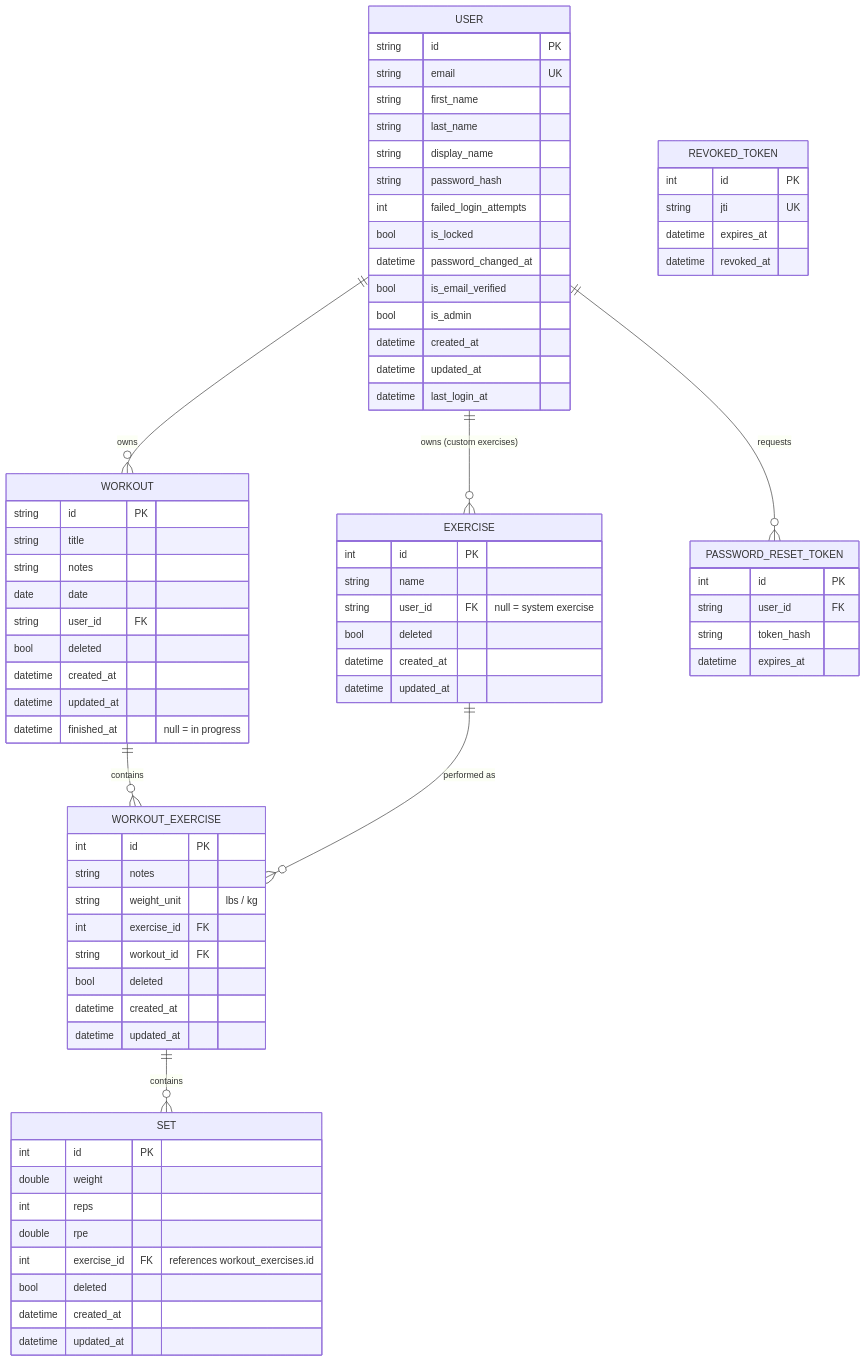
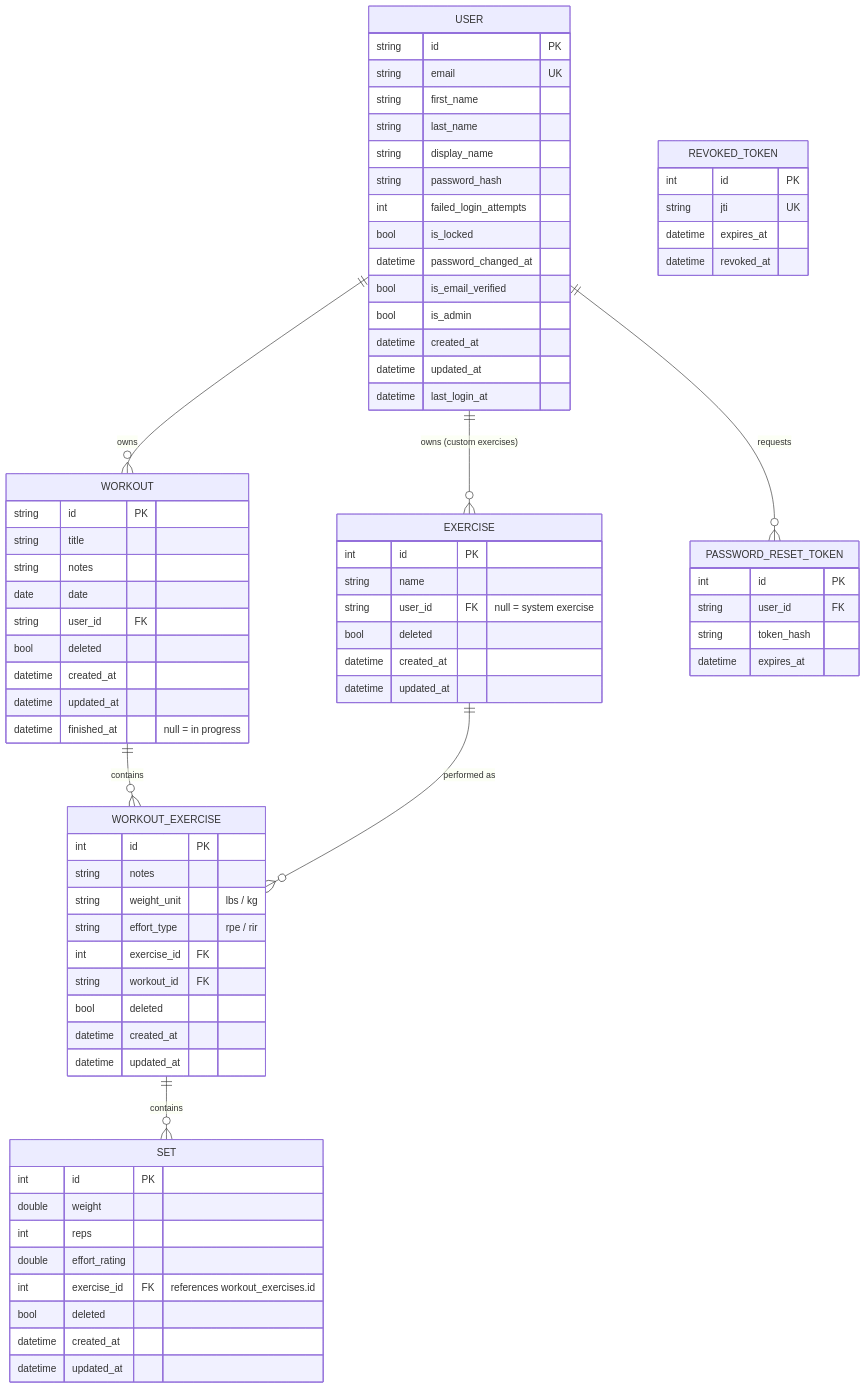
Before and after one commit to tylersocholotuik/workout-log-app: the diagram in docs/database-design.md, drawn with Mermaid. The commit also changed other lines of this file and 39 other files, not shown here.

First line of the commit message:
feat: Add support for RIR effort ratings (#59)

```diff
--- a/docs/database-design.md
+++ b/docs/database-design.md
@@ -83,6 +83,7 @@
         int id PK
         string notes
         string weight_unit "lbs / kg"
+        string effort_type "rpe / rir"
         int exercise_id FK
         string workout_id FK
         bool deleted
@@ -94,7 +95,7 @@
         int id PK
         double weight
         int reps
-        double rpe
+        double effort_rating
         int exercise_id FK "references workout_exercises.id"
         bool deleted
         datetime created_at
```
